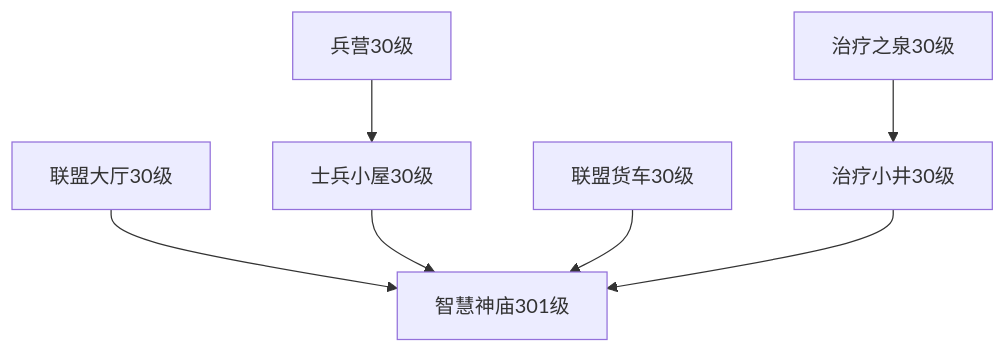
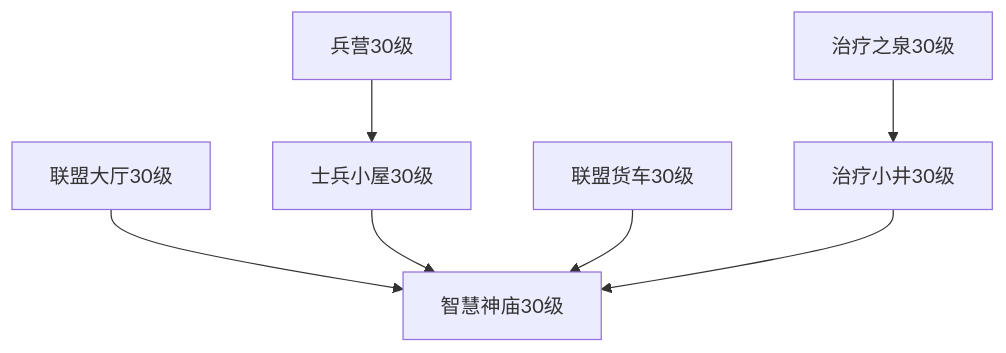
The diagram in _posts/2023-05-09-build.md (ruoqiwan/Joy), drawn with Mermaid before and after one commit. The commit also changed other lines of this file, not shown here.

```diff
--- a/_posts/2023-05-09-build.md
+++ b/_posts/2023-05-09-build.md
@@ -14,17 +32,17 @@
 <div class="mermaid">
   graph TD
     A-->H
 	B-->C
 	C-->H
 	D-->H
 	E-->F
     F-->H
 	
 	A[联盟大厅30级]
 	B[兵营30级]
 	C[士兵小屋30级]
 	D[联盟货车30级]
 	E[治疗之泉30级]
 	F[治疗小井30级]
-    H[智慧神庙301级]
+    H[智慧神庙30级]
 </div>
```
